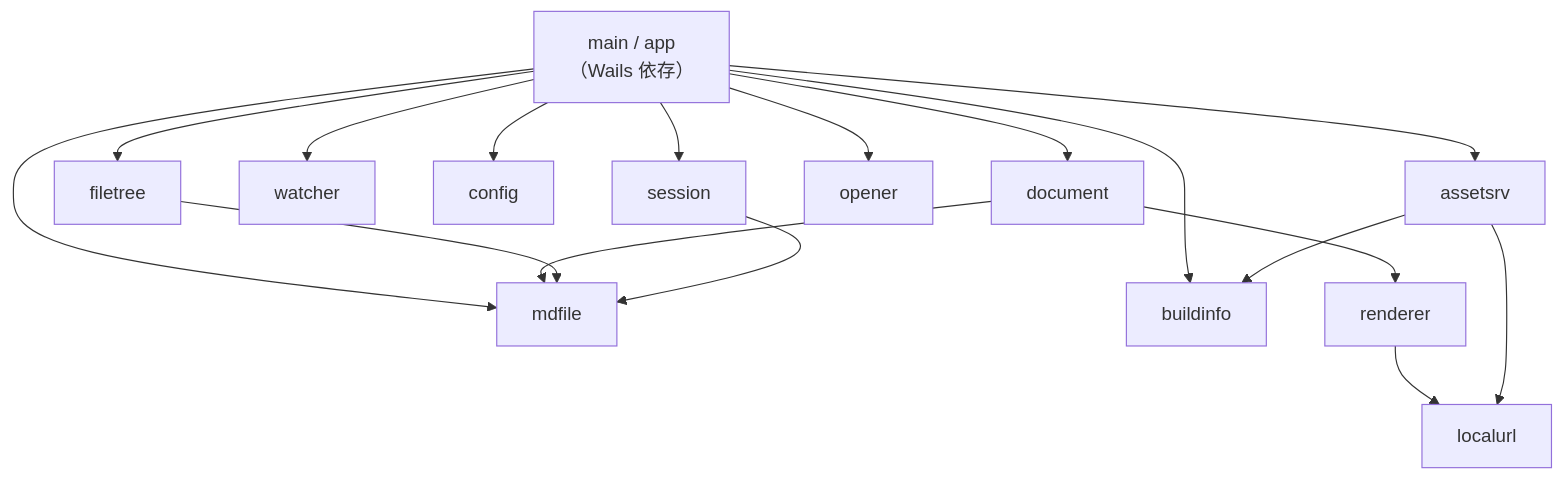
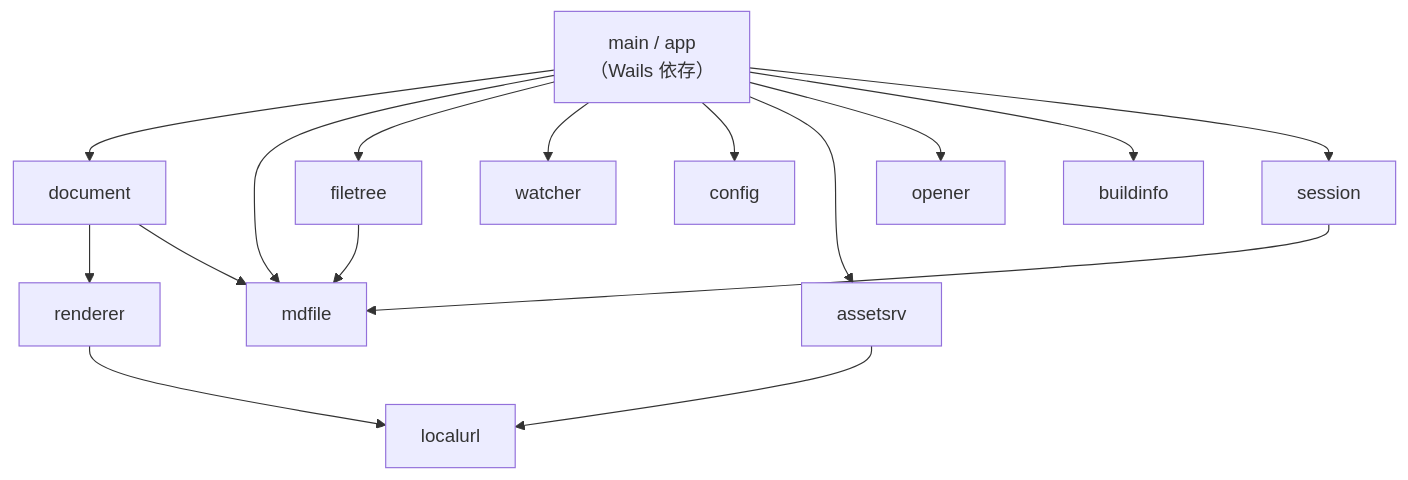
One commit to kznagamori/go_MarkView changed the diagram in docs/specs/10-impl-overview.md. Above: the diagram before and after it, drawn with Mermaid. The commit also changed other lines of this file and 25 other files, not shown here.

````diff
--- a/docs/specs/10-impl-overview.md
+++ b/docs/specs/10-impl-overview.md
@@ -110,19 +115,18 @@
 ```mermaid
 flowchart TD
     MAIN["main / app<br/>（Wails 依存）"] --> DOC["document"]
     MAIN --> MDF["mdfile"]
     MAIN --> TREE["filetree"]
     MAIN --> WATCH["watcher"]
     MAIN --> CFG["config"]
     MAIN --> ASSET["assetsrv"]
     MAIN --> OPEN["opener"]
     MAIN --> BI["buildinfo"]
     MAIN --> SESS["session"]
     DOC --> REND["renderer"]
     DOC --> MDF
     TREE --> MDF
     SESS --> MDF
-    ASSET --> BI
     REND --> LURL["localurl"]
     ASSET --> LURL
 ```
````
